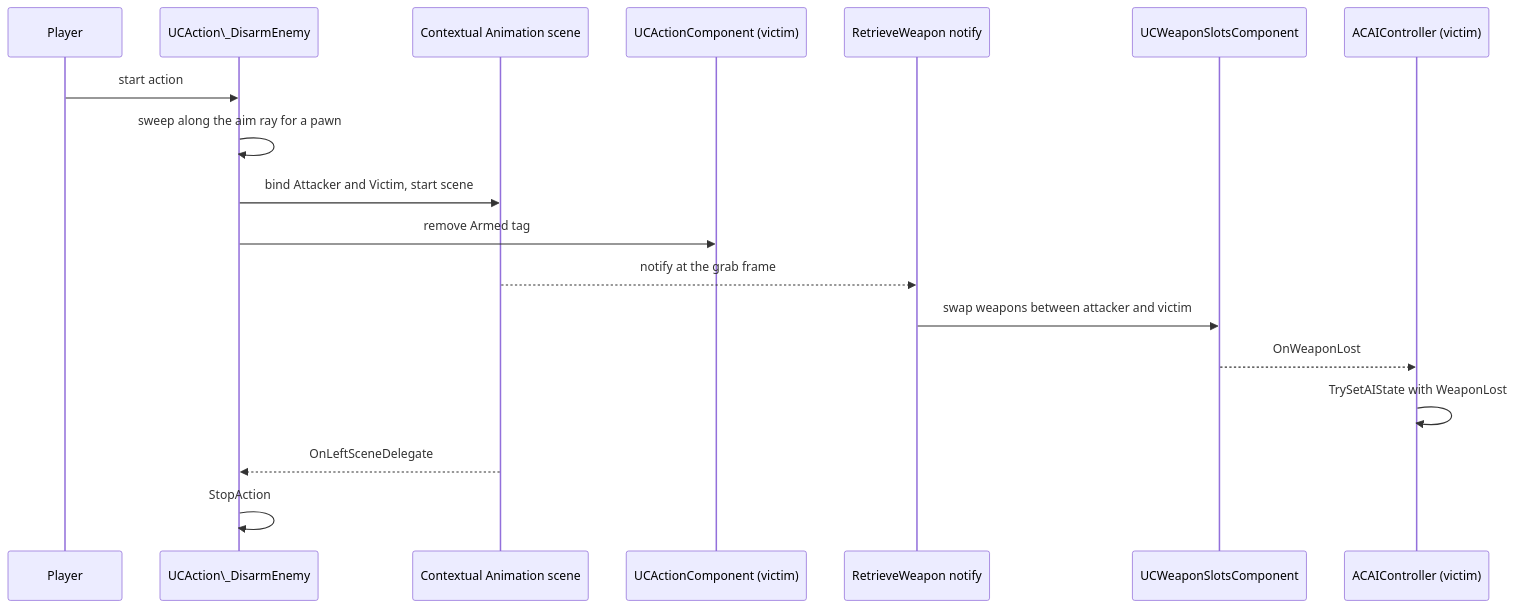
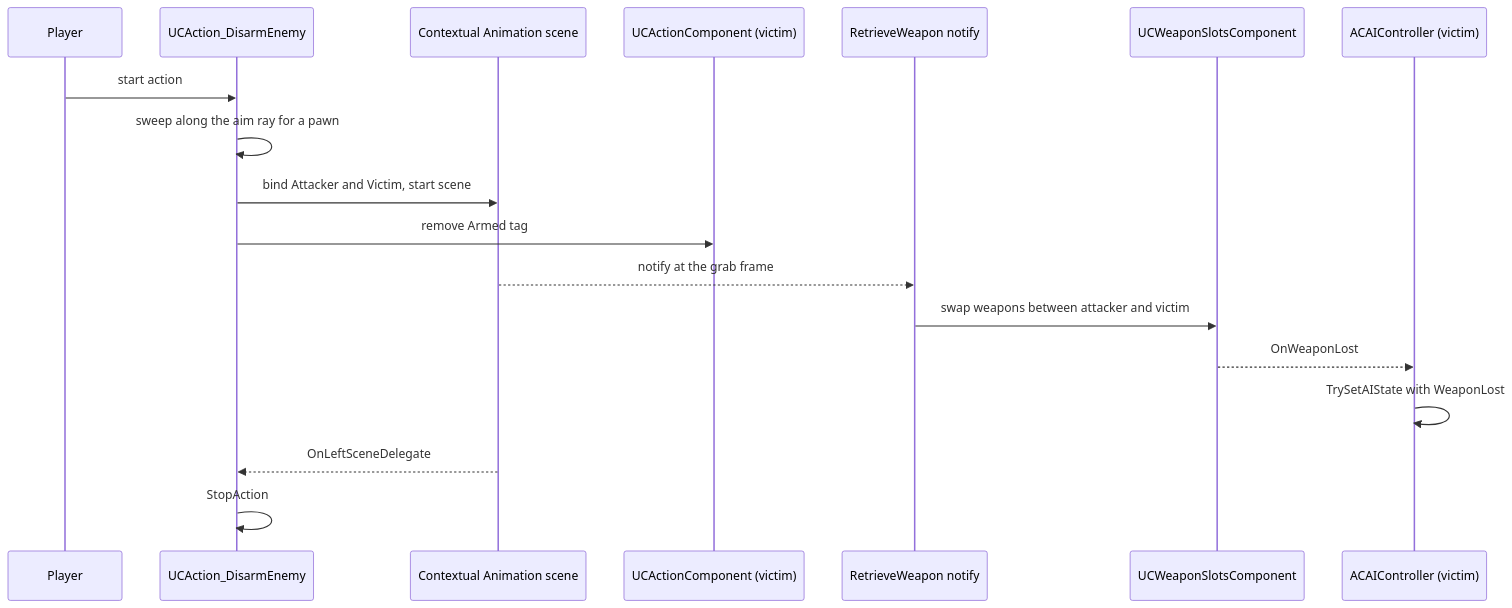
The third of 3 diagrams in README.md (o4thbreaker/ClarityShooter_UE5), drawn with Mermaid before and after one commit. The commit also changed other lines of this file and 1 other file, not shown here.

````diff
--- a/README.md
+++ b/README.md
@@ -424,21 +424,21 @@
 ```mermaid
 sequenceDiagram
     participant P as Player
-    participant D as UCAction\_DisarmEnemy
+    participant D as UCAction_DisarmEnemy
     participant CAS as Contextual Animation scene
     participant VA as UCActionComponent (victim)
     participant N as RetrieveWeapon notify
     participant S as UCWeaponSlotsComponent
     participant AI as ACAIController (victim)
 
     P->>D: start action
     D->>D: sweep along the aim ray for a pawn
     D->>CAS: bind Attacker and Victim, start scene
     D->>VA: remove Armed tag
     CAS-->>N: notify at the grab frame
     N->>S: swap weapons between attacker and victim
     S-->>AI: OnWeaponLost
     AI->>AI: TrySetAIState with WeaponLost
     CAS-->>D: OnLeftSceneDelegate
     D->>D: StopAction
 ```
````
